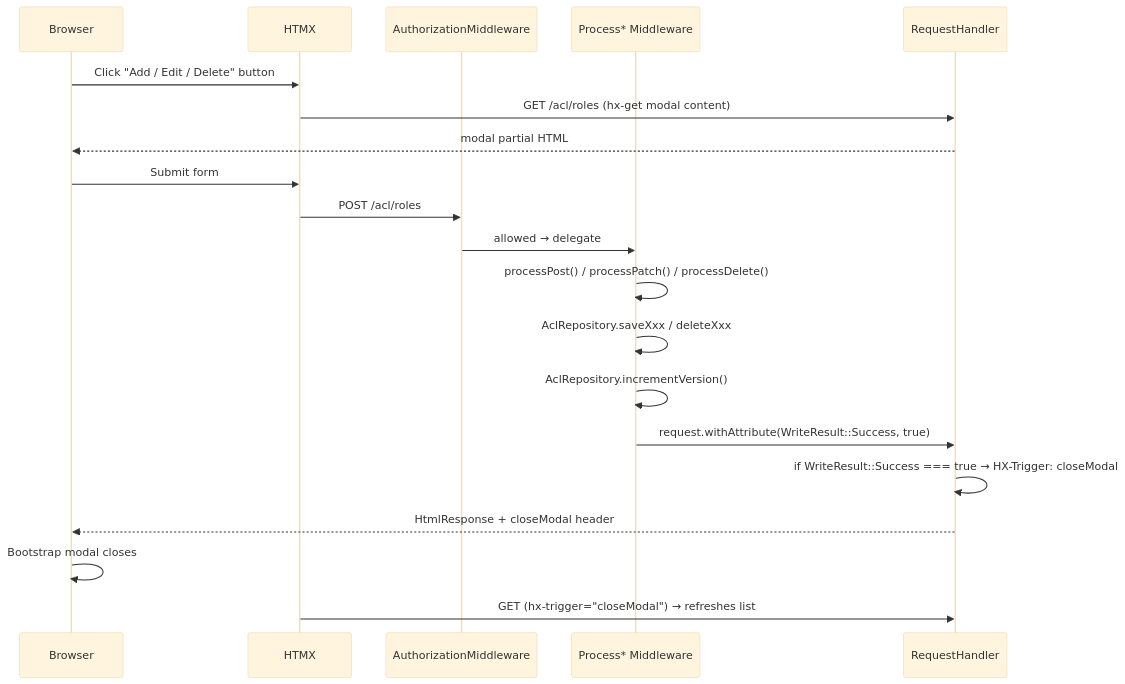
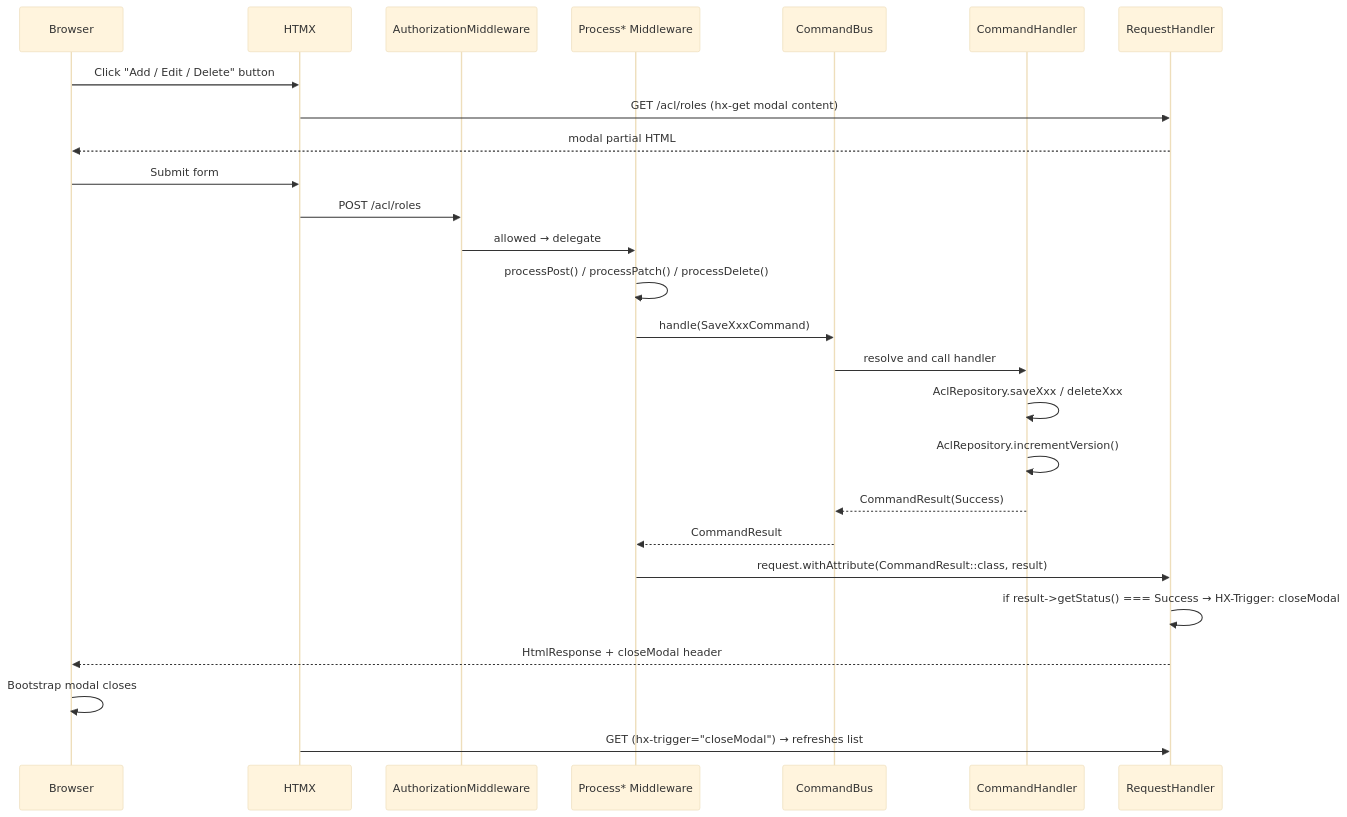
The first of 3 diagrams in src/webware-acl/docs/admin-ui-workflows.md (tyrsson/farmers-store-inventory), drawn with Mermaid (base theme) before and after one commit. The commit also changed other lines of this file and 98 other files, not shown here.

````diff
--- a/src/webware-acl/docs/admin-ui-workflows.md
+++ b/src/webware-acl/docs/admin-ui-workflows.md
@@ -37,25 +37,31 @@
 ```mermaid
 sequenceDiagram
     participant Browser
     participant HTMX
     participant AuthMW as AuthorizationMiddleware
     participant ProcMW as Process* Middleware
+    participant Bus as CommandBus
+    participant CmdHandler as CommandHandler
     participant Handler as RequestHandler
 
     Browser->>HTMX: Click "Add / Edit / Delete" button
     HTMX->>Handler: GET /acl/roles (hx-get modal content)
     Handler-->>Browser: modal partial HTML
 
     Browser->>HTMX: Submit form
     HTMX->>AuthMW: POST /acl/roles
     AuthMW->>ProcMW: allowed → delegate
     ProcMW->>ProcMW: processPost() / processPatch() / processDelete()
-    ProcMW->>ProcMW: AclRepository.saveXxx / deleteXxx
-    ProcMW->>ProcMW: AclRepository.incrementVersion()
-    ProcMW->>Handler: request.withAttribute(WriteResult::Success, true)
-    Handler->>Handler: if WriteResult::Success === true → HX-Trigger: closeModal
+    ProcMW->>Bus: handle(SaveXxxCommand)
+    Bus->>CmdHandler: resolve and call handler
+    CmdHandler->>CmdHandler: AclRepository.saveXxx / deleteXxx
+    CmdHandler->>CmdHandler: AclRepository.incrementVersion()
+    CmdHandler-->>Bus: CommandResult(Success)
+    Bus-->>ProcMW: CommandResult
+    ProcMW->>Handler: request.withAttribute(CommandResult::class, result)
+    Handler->>Handler: if result->getStatus() === Success → HX-Trigger: closeModal
     Handler-->>Browser: HtmlResponse + closeModal header
 
     Browser->>Browser: Bootstrap modal closes
     HTMX->>Handler: GET (hx-trigger="closeModal") → refreshes list
 ```
````
